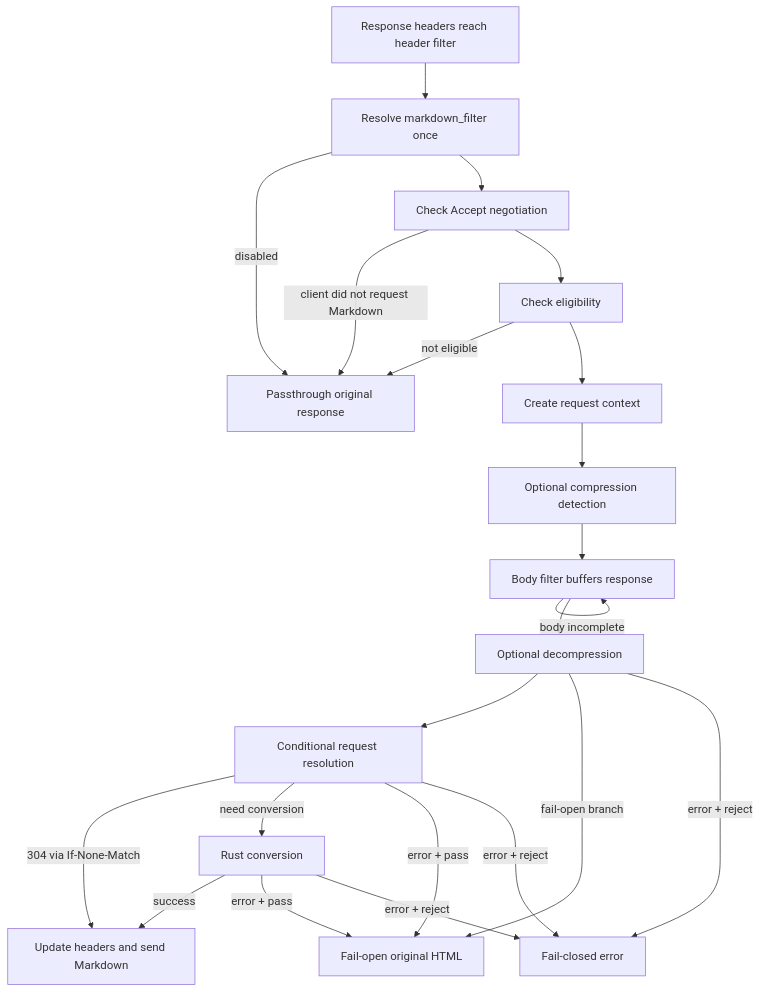
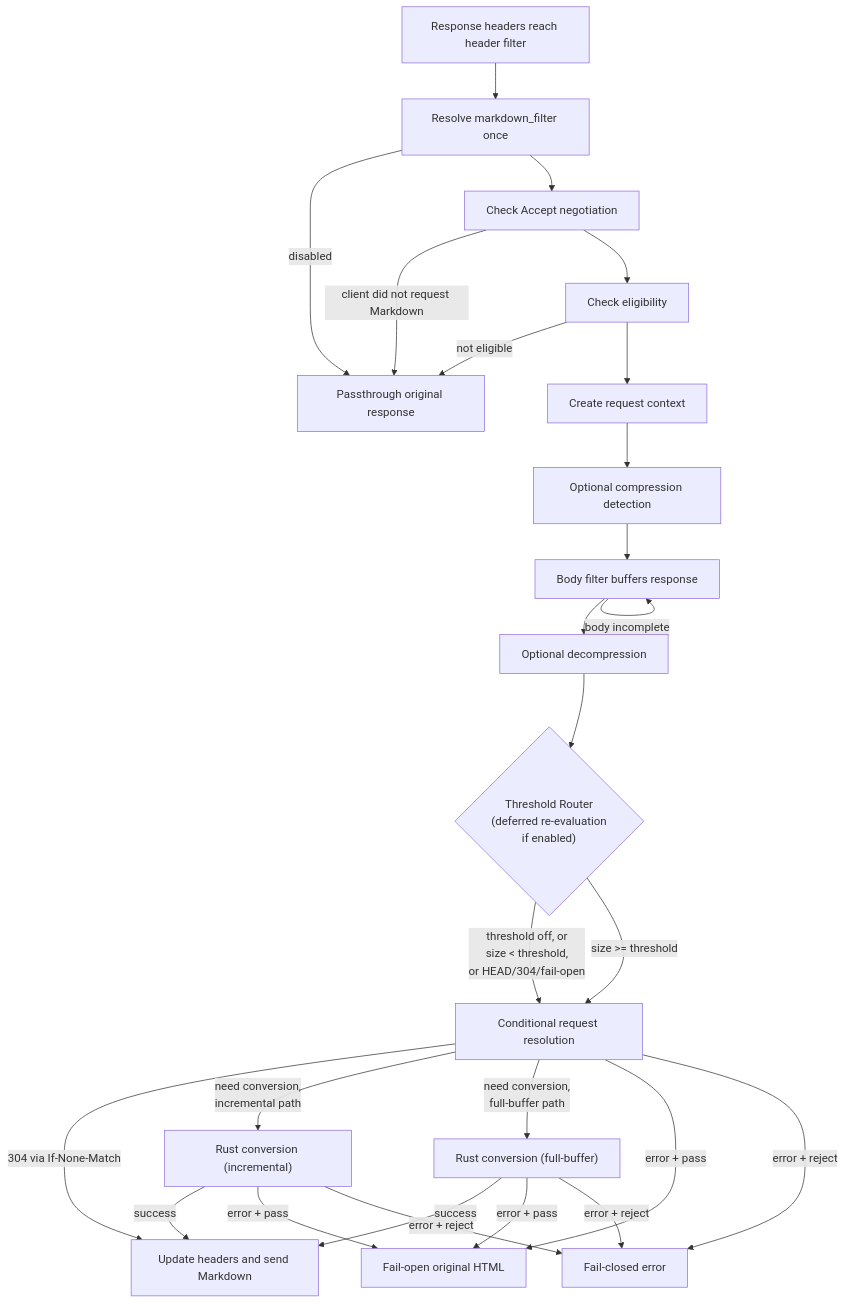
One commit to cnkang/nginx-markdown-for-agents changed the diagram in docs/architecture/REQUEST_LIFECYCLE.md. Above: the diagram before and after it, drawn with Mermaid. The commit also changed other lines of this file and 26 other files, not shown here.

````diff
--- a/docs/architecture/REQUEST_LIFECYCLE.md
+++ b/docs/architecture/REQUEST_LIFECYCLE.md
@@ -27,39 +28,45 @@
 ```mermaid
 flowchart TD
     A["Response headers reach header filter"]
     B["Resolve markdown_filter once"]
     C["Check Accept negotiation"]
     D["Check eligibility"]
     E["Create request context"]
     F["Optional compression detection"]
     G["Body filter buffers response"]
     H["Optional decompression"]
+    TR{"Threshold Router<br/>(deferred re-evaluation<br/>if enabled)"}
     I["Conditional request resolution"]
-    J["Rust conversion"]
+    J["Rust conversion (full-buffer)"]
+    JI["Rust conversion (incremental)"]
     K["Update headers and send Markdown"]
     L["Passthrough original response"]
     M["Fail-open original HTML"]
     N["Fail-closed error"]
 
     A --> B
     B -->|disabled| L
     B --> C
     C -->|client did not request Markdown| L
     C --> D
     D -->|not eligible| L
     D --> E
     E --> F
     F --> G
     G -->|body incomplete| G
     G --> H
-    H --> I
+    H --> TR
+    TR -->|threshold off, or<br/>size < threshold,<br/>or HEAD/304/fail-open| I
+    TR -->|size >= threshold| I
     I -->|304 via If-None-Match| K
-    I -->|need conversion| J
+    I -->|need conversion,<br/>incremental path| JI
+    I -->|need conversion,<br/>full-buffer path| J
     J -->|success| K
-    H -->|fail-open branch| M
+    JI -->|success| K
     I -->|error + pass| M
     J -->|error + pass| M
-    H -->|error + reject| N
+    JI -->|error + pass| M
     I -->|error + reject| N
     J -->|error + reject| N
+    JI -->|error + reject| N
 ```
````
